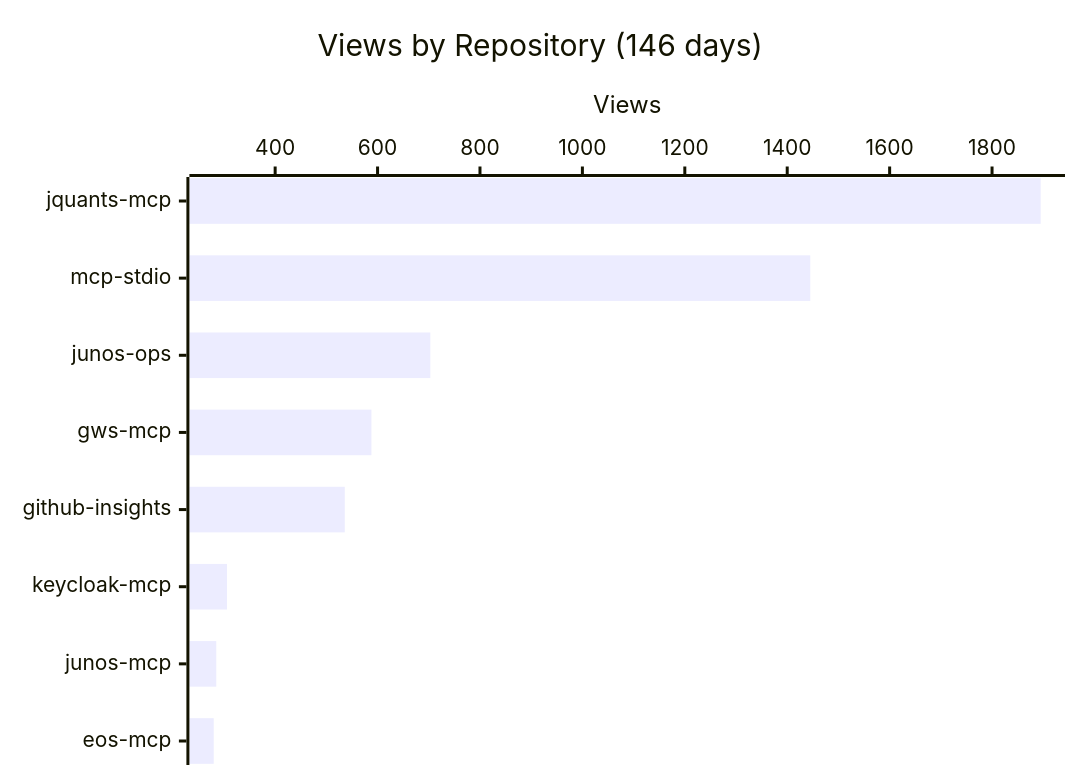
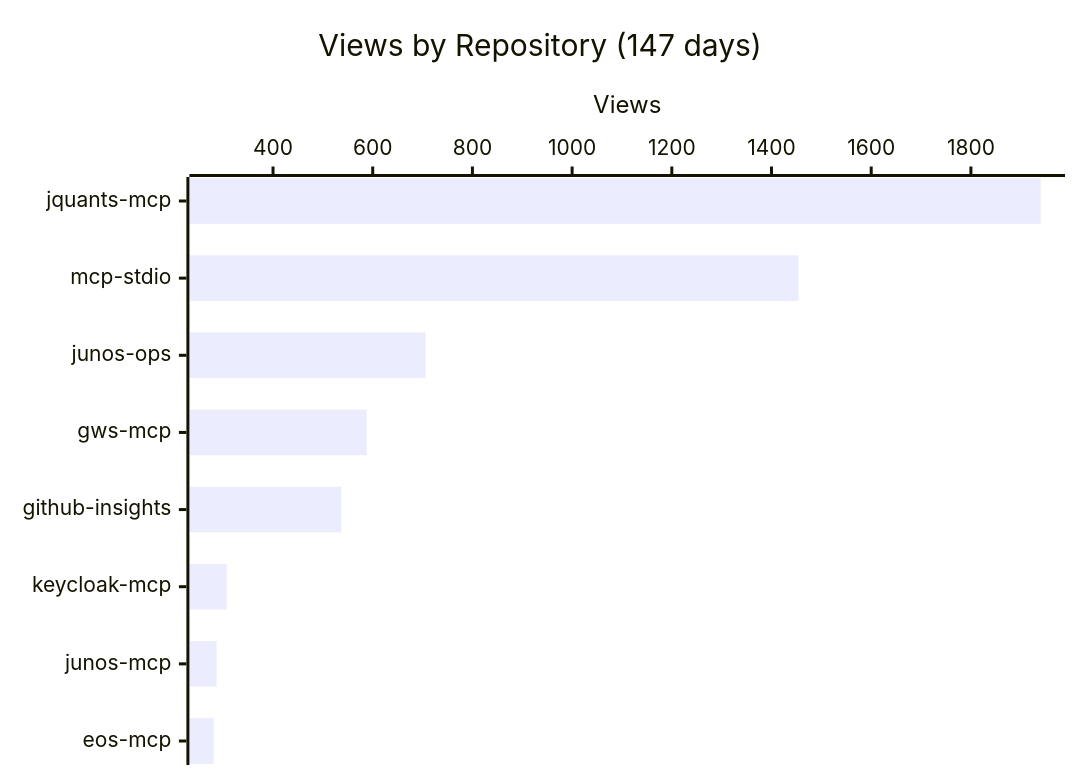
The first of 4 diagrams in README.md (shigechika/github-insights), drawn with Mermaid before and after one commit. The commit also changed other lines of this file and 2 other files, not shown here.

````diff
--- a/README.md
+++ b/README.md
@@ -18,7 +18,7 @@
 ```mermaid
 xychart-beta horizontal
-    title "Views by Repository (146 days)"
+    title "Views by Repository (147 days)"
     x-axis ["jquants-mcp", "mcp-stdio", "junos-ops", "gws-mcp", "github-insights", "keycloak-mcp", "junos-mcp", "eos-mcp"]
     y-axis "Views"
-    bar [1895, 1445, 703, 588, 536, 306, 285, 280]
+    bar [1940, 1454, 706, 588, 537, 307, 287, 281]
 ```
````
